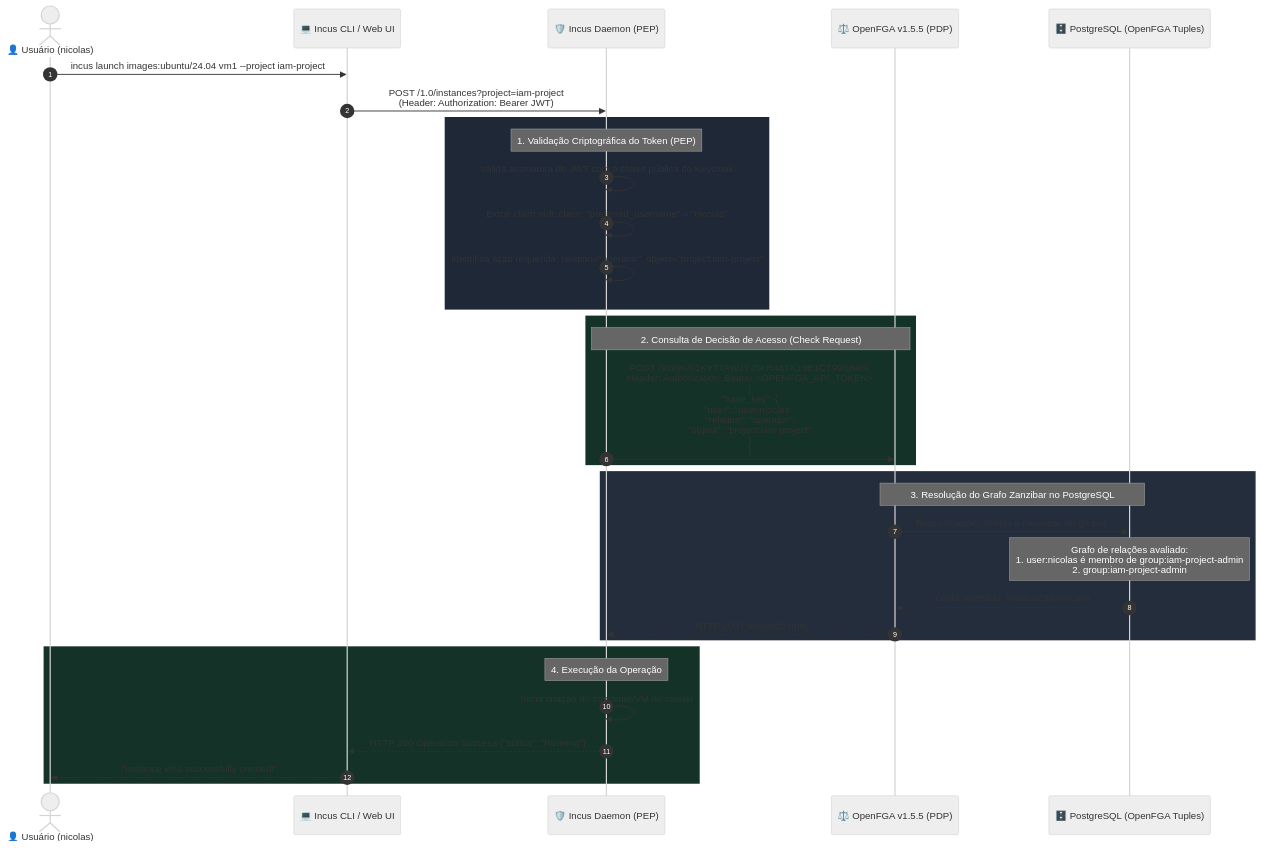
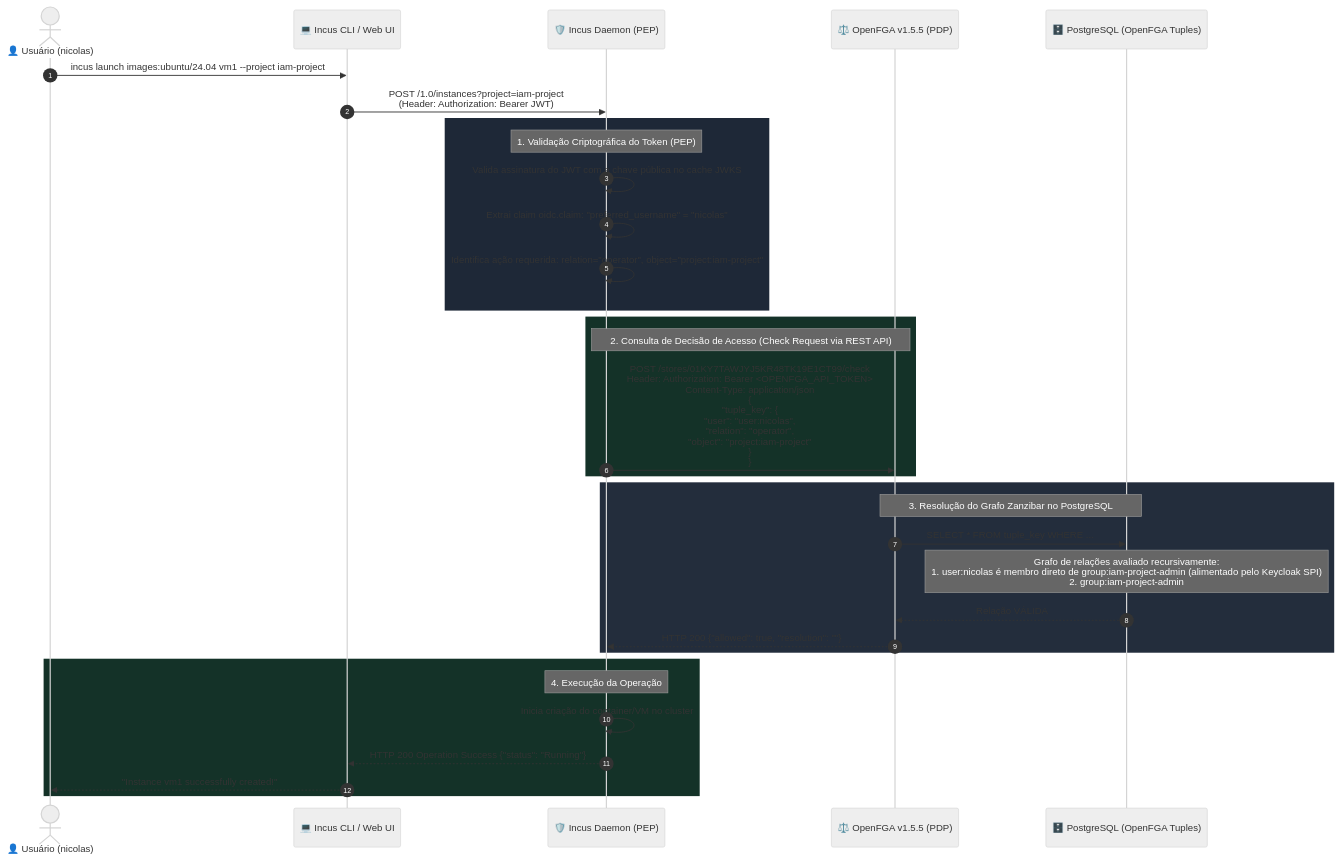
Before and after one commit to cloudlabs-ufscar/Auth-repo: the fourth of 5 diagrams in Documentos/IAM/incus-auth-and-authorization.md, drawn with Mermaid (neutral theme). The commit also changed other lines of this file and 1 other file, not shown here.

Commit message:
docs: detail Incus JWKS discovery and OpenFGA check query payloads

````diff
--- a/Documentos/IAM/incus-auth-and-authorization.md
+++ b/Documentos/IAM/incus-auth-and-authorization.md
@@ -130,39 +157,39 @@
 ```mermaid
 sequenceDiagram
     autonumber
     actor Dev as 👤 Usuário (nicolas)
     participant CLI as 💻 Incus CLI / Web UI
     participant INCUS as 🛡️ Incus Daemon (PEP)
     participant FGA as ⚖️ OpenFGA v1.5.5 (PDP)
     participant DB as 🗄️ PostgreSQL (OpenFGA Tuples)
 
     Dev->>CLI: incus launch images:ubuntu/24.04 vm1 --project iam-project
     CLI->>INCUS: POST /1.0/instances?project=iam-project<br/>(Header: Authorization: Bearer JWT)
     
     rect rgb(30, 40, 55)
         Note over INCUS: 1. Validação Criptográfica do Token (PEP)
-        INCUS->>INCUS: Valida assinatura do JWT com a chave pública do Keycloak
+        INCUS->>INCUS: Valida assinatura do JWT com a chave pública no cache JWKS
         INCUS->>INCUS: Extrai claim oidc.claim: "preferred_username" = "nicolas"
         INCUS->>INCUS: Identifica ação requerida: relation="operator", object="project:iam-project"
     end
 
     rect rgb(20, 50, 40)
-        Note over INCUS,FGA: 2. Consulta de Decisão de Acesso (Check Request)
-        INCUS->>FGA: POST /stores/01KY7TAWJYJ5KR48TK19E1CT99/check<br/>Header: Authorization: Bearer <OPENFGA_API_TOKEN><br/>{<br/>  "tuple_key": {<br/>    "user": "user:nicolas",<br/>    "relation": "operator",<br/>    "object": "project:iam-project"<br/>  }<br/>}
+        Note over INCUS,FGA: 2. Consulta de Decisão de Acesso (Check Request via REST API)
+        INCUS->>FGA: POST /stores/01KY7TAWJYJ5KR48TK19E1CT99/check<br/>Header: Authorization: Bearer <OPENFGA_API_TOKEN><br/>Content-Type: application/json<br/>{<br/>  "tuple_key": {<br/>    "user": "user:nicolas",<br/>    "relation": "operator",<br/>    "object": "project:iam-project"<br/>  }<br/>}
     end
 
     rect rgb(35, 45, 60)
         Note over FGA,DB: 3. Resolução do Grafo Zanzibar no PostgreSQL
-        FGA->>DB: Busca relações diretas e heranças de grupos
-        Note over DB: Grafo de relações avaliado:<br/>1. user:nicolas é membro de group:iam-project-admin<br/>2. group:iam-project-admin#member tem relation "admin" em project:iam-project<br/>3. No modelo ReBAC: relation "admin" herda "operator" e "viewer"
-        DB-->>FGA: Grafo resolvido: Associação VÁLIDA
-        FGA-->>INCUS: HTTP 200 {"allowed": true}
+        FGA->>DB: SELECT * FROM tuple_key WHERE ...
+        Note over DB: Grafo de relações avaliado recursivamente:<br/>1. user:nicolas é membro direto de group:iam-project-admin (alimentado pelo Keycloak SPI)<br/>2. group:iam-project-admin#member tem relação "admin" em project:iam-project<br/>3. No modelo ReBAC: relation "admin" herda "operator" e "viewer"<br/>4. Caminho do grafo CONECTADO!
+        DB-->>FGA: Relação VÁLIDA
+        FGA-->>INCUS: HTTP 200 {"allowed": true, "resolution": ""}
     end
 
     rect rgb(20, 50, 40)
         Note over INCUS: 4. Execução da Operação
         INCUS->>INCUS: Inicia criação do container/VM no cluster
         INCUS-->>CLI: HTTP 200 Operation Success {"status": "Running"}
         CLI-->>Dev: "Instance vm1 successfully created!"
     end
 ```
````
